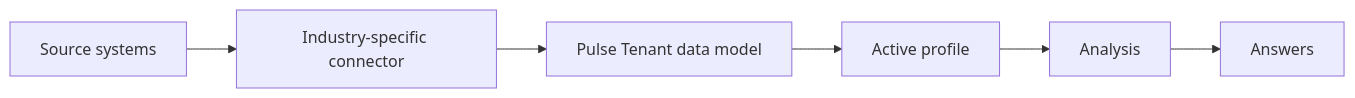
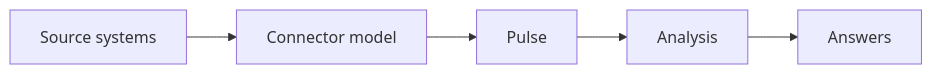
The diagram in docs/index.md (Tom-PIT/TomPIT.Pulse.Connector), drawn with Mermaid before and after one commit. The commit also changed other lines of this file and 160 other files, not shown here.

````diff
--- a/docs/index.md
+++ b/docs/index.md
@@ -11,8 +11,7 @@
 ```mermaid
 graph LR
-  A[Source systems] --> B[Industry-specific connector]
-  B --> C[Pulse Tenant data model]
-  C --> D[Active profile]
-  D --> E[Analysis]
-  E --> F[Answers]
+  A[Source systems] --> B[Connector model]
+  B --> C[Pulse]
+  C --> D[Analysis]
+  D --> E[Answers]
 ```
````
